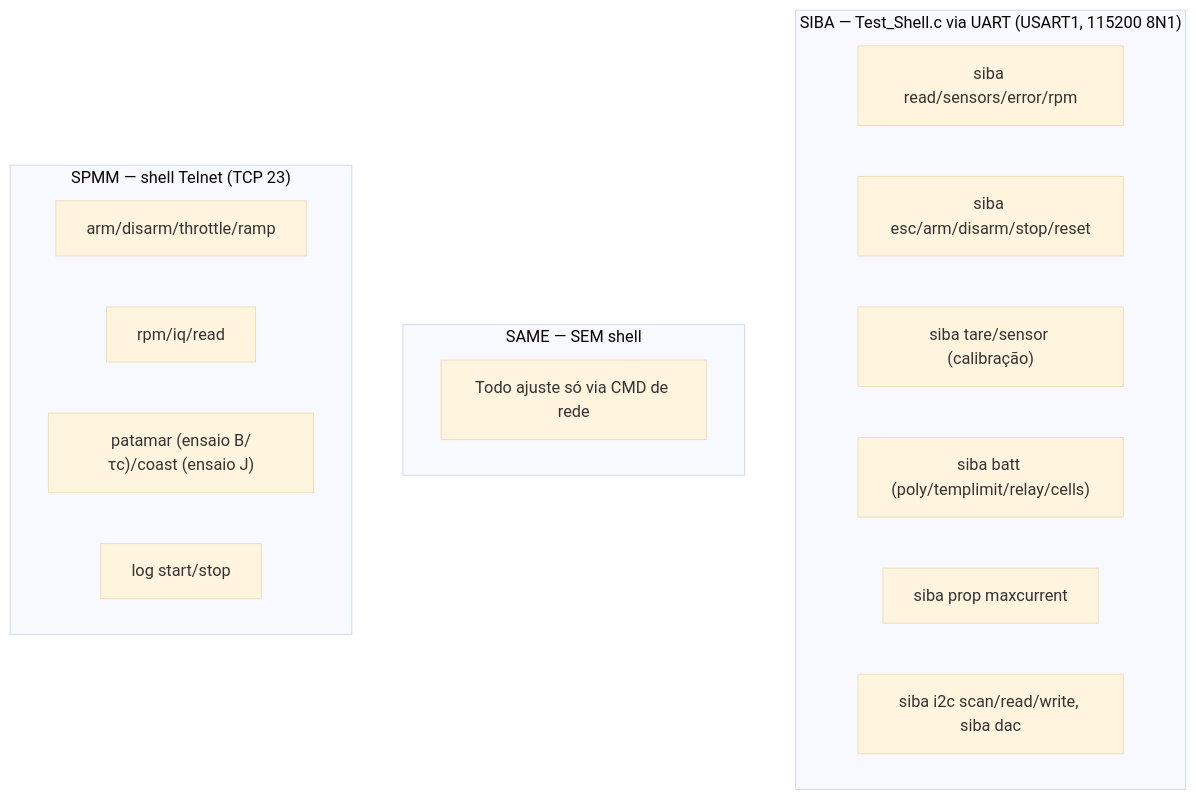
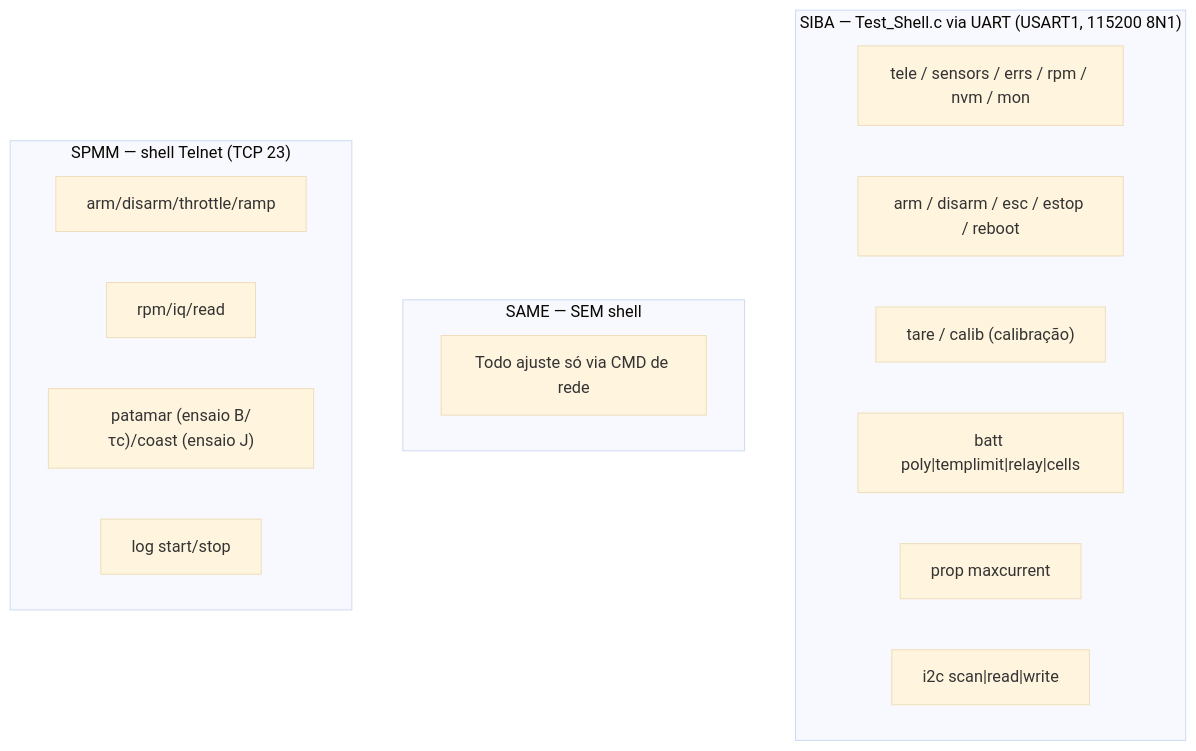
The sixth of 6 diagrams in Codigos/README.md (vitordallolivo/TCC), drawn with Mermaid (base theme) before and after one commit. The commit also changed other lines of this file and 9 other files, not shown here.

````diff
--- a/Codigos/README.md
+++ b/Codigos/README.md
@@ -155,20 +160,20 @@
 ```mermaid
 flowchart TD
     subgraph SIBAsh["SIBA — Test_Shell.c via UART (USART1, 115200 8N1)"]
-        s1["siba read/sensors/error/rpm"]
-        s2["siba esc/arm/disarm/stop/reset"]
-        s3["siba tare/sensor (calibração)"]
-        s4["siba batt (poly/templimit/relay/cells)"]
-        s5["siba prop maxcurrent"]
-        s6["siba i2c scan/read/write, siba dac"]
+        s1["tele / sensors / errs / rpm / nvm / mon"]
+        s2["arm / disarm / esc / estop / reboot"]
+        s3["tare / calib (calibração)"]
+        s4["batt poly|templimit|relay|cells"]
+        s5["prop maxcurrent"]
+        s6["i2c scan|read|write"]
     end
     subgraph SAMEsh["SAME — SEM shell"]
         n1["Todo ajuste só via CMD de rede"]
     end
     subgraph SPMMsh["SPMM — shell Telnet (TCP 23)"]
         p1["arm/disarm/throttle/ramp"]
         p2["rpm/iq/read"]
         p3["patamar (ensaio B/τc)/coast (ensaio J)"]
         p4["log start/stop"]
     end
 ```
````
